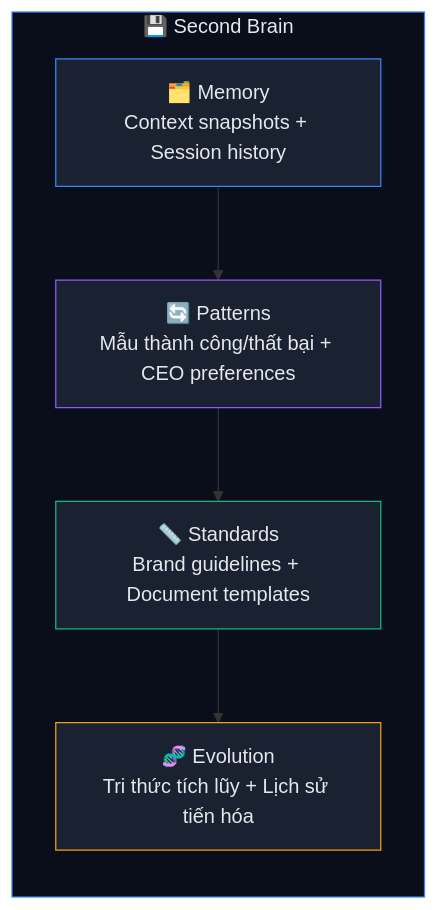
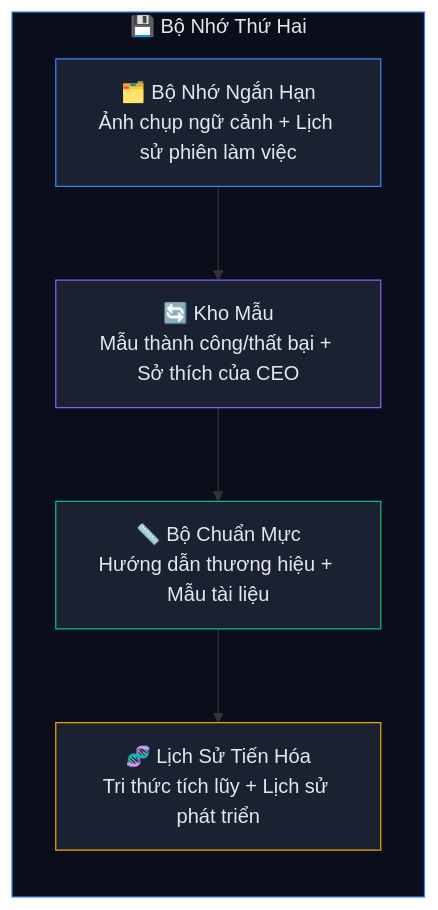
One commit to xaotiensinh-abm/abm-workforce changed the fifth of 5 diagrams in README.md. Above: the diagram before and after it, drawn with Mermaid. The commit also changed other lines of this file, not shown here.

````diff
--- a/README.md
+++ b/README.md
@@ -343,18 +351,18 @@
 ```mermaid
 graph TB
-    subgraph SB["💾 Second Brain"]
+    subgraph SB["💾 Bộ Nhớ Thứ Hai"]
         direction TB
-        L1["🗂️ Memory<br/>Context snapshots + Session history"]
-        L2["🔄 Patterns<br/>Mẫu thành công/thất bại + CEO preferences"]
-        L3["📏 Standards<br/>Brand guidelines + Document templates"]
-        L4["🧬 Evolution<br/>Tri thức tích lũy + Lịch sử tiến hóa"]
+        L1["🗂️ Bộ Nhớ Ngắn Hạn<br/>Ảnh chụp ngữ cảnh + Lịch sử phiên làm việc"]
+        L2["🔄 Kho Mẫu<br/>Mẫu thành công/thất bại + Sở thích của CEO"]
+        L3["📏 Bộ Chuẩn Mực<br/>Hướng dẫn thương hiệu + Mẫu tài liệu"]
+        L4["🧬 Lịch Sử Tiến Hóa<br/>Tri thức tích lũy + Lịch sử phát triển"]
     end
 
     L1 --> L2 --> L3 --> L4
 
     style SB fill:#0a0e1a,stroke:#3b82f6,color:#e5e7eb
     style L1 fill:#1a2232,stroke:#3b82f6,color:#e5e7eb
     style L2 fill:#1a2232,stroke:#8b5cf6,color:#e5e7eb
     style L3 fill:#1a2232,stroke:#10b981,color:#e5e7eb
     style L4 fill:#1a2232,stroke:#f59e0b,color:#e5e7eb
 ```
````
